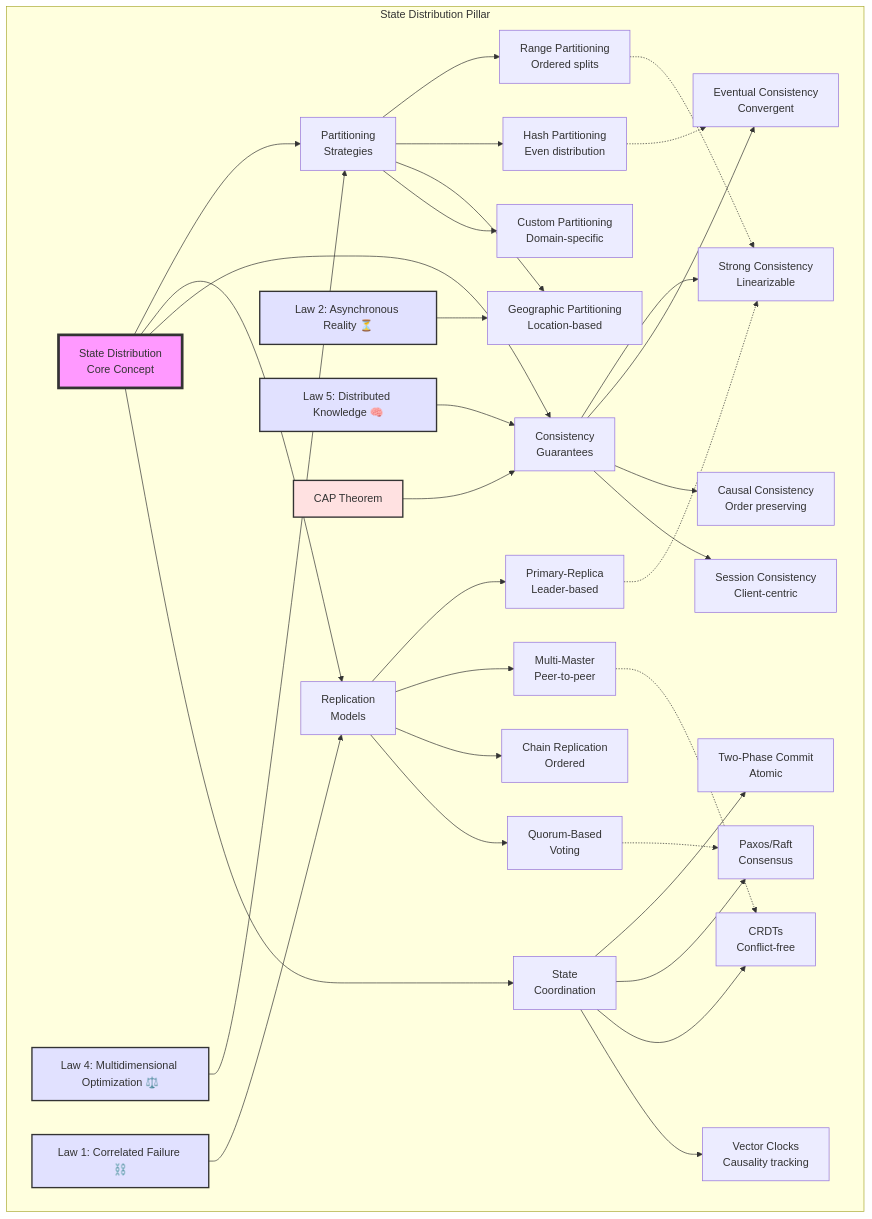
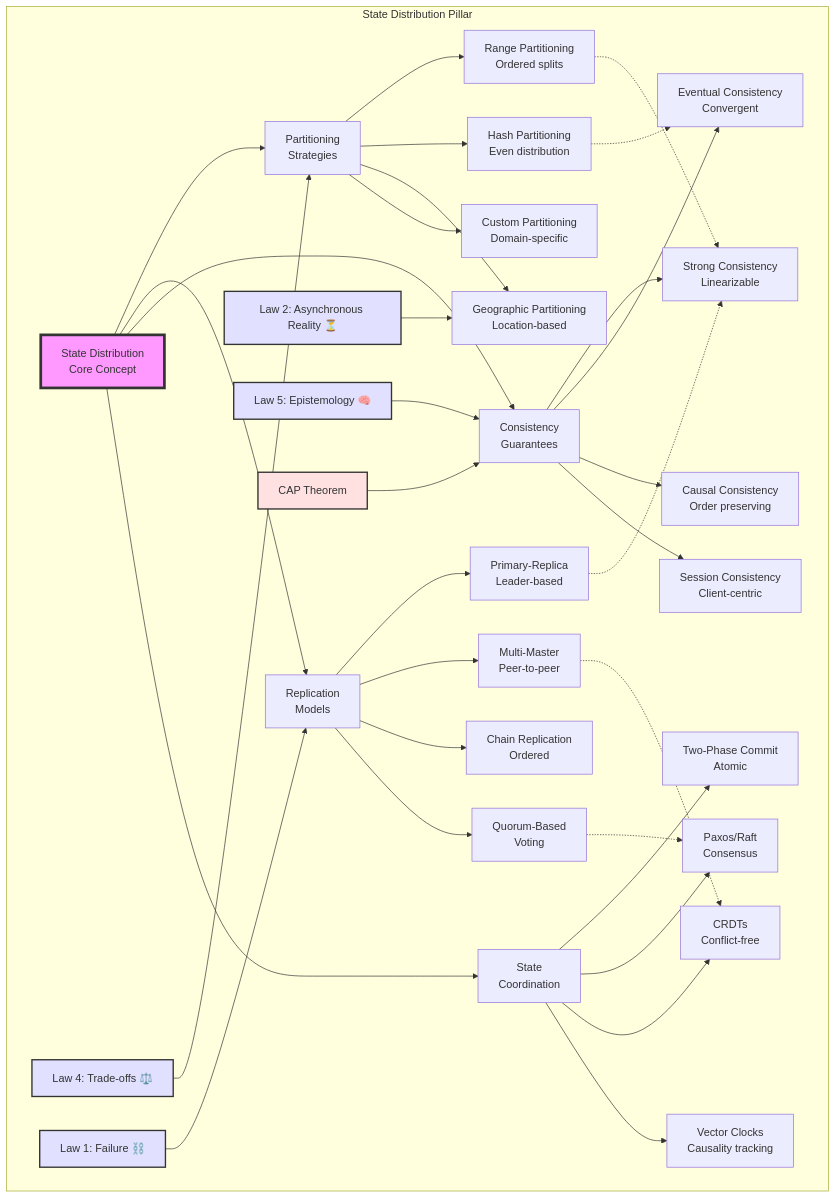
Before and after one commit to deepaucksharma/DStudio: the second of 42 diagrams in docs/part2-pillars/state/index.md, drawn with Mermaid. The commit also changed other lines of this file and 470 other files, not shown here.

````diff
--- a/docs/part2-pillars/state/index.md
+++ b/docs/part2-pillars/state/index.md
@@ -105,56 +105,56 @@
 ```mermaid
 graph TB
     subgraph "State Distribution Pillar"
         Core[State Distribution<br/>Core Concept]
 
         Core --> Partition[Partitioning<br/>Strategies]
         Core --> Replication[Replication<br/>Models]
         Core --> Consistency[Consistency<br/>Guarantees]
         Core --> Coordination[State<br/>Coordination]
 
         %% Partitioning branch
         Partition --> Range[Range Partitioning<br/>Ordered splits]
         Partition --> Hash[Hash Partitioning<br/>Even distribution]
         Partition --> Geo[Geographic Partitioning<br/>Location-based]
         Partition --> Custom[Custom Partitioning<br/>Domain-specific]
 
         %% Replication branch
         Replication --> Primary[Primary-Replica<br/>Leader-based]
         Replication --> MultiMaster[Multi-Master<br/>Peer-to-peer]
         Replication --> Chain[Chain Replication<br/>Ordered]
         Replication --> Quorum[Quorum-Based<br/>Voting]
 
         %% Consistency branch
         Consistency --> Strong[Strong Consistency<br/>Linearizable]
         Consistency --> Eventual[Eventual Consistency<br/>Convergent]
         Consistency --> Causal[Causal Consistency<br/>Order preserving]
         Consistency --> Session[Session Consistency<br/>Client-centric]
 
         %% Coordination branch
         Coordination --> 2PC[Two-Phase Commit<br/>Atomic]
         Coordination --> Paxos[Paxos/Raft<br/>Consensus]
         Coordination --> CRDT[CRDTs<br/>Conflict-free]
         Coordination --> Vector[Vector Clocks<br/>Causality tracking]
 
         %% Key relationships
         Hash -.-> Eventual
         Range -.-> Strong
         Primary -.-> Strong
         MultiMaster -.-> CRDT
         Quorum -.-> Paxos
 
         %% Law connections
         Law2[Law 2: Asynchronous Reality ⏳] --> Geo
-        Law4[Law 4: Multidimensional Optimization ⚖️] --> Partition
-        Law1[Law 1: Correlated Failure ⛓️] --> Replication
-        Law5[Law 5: Distributed Knowledge 🧠] --> Consistency
+        Law4[Law 4: Trade-offs ⚖️] --> Partition
+        Law1[Law 1: Failure ⛓️] --> Replication
+        Law5[Law 5: Epistemology 🧠] --> Consistency
         CAP[CAP Theorem] --> Consistency
     end
 
     style Core fill:#f9f,stroke:#333,stroke-width:4px
     style Law2 fill:#e1e1ff,stroke:#333,stroke-width:2px
     style Law4 fill:#e1e1ff,stroke:#333,stroke-width:2px
     style Law1 fill:#e1e1ff,stroke:#333,stroke-width:2px
     style Law5 fill:#e1e1ff,stroke:#333,stroke-width:2px
     style CAP fill:#ffe1e1,stroke:#333,stroke-width:2px
 ```
````
